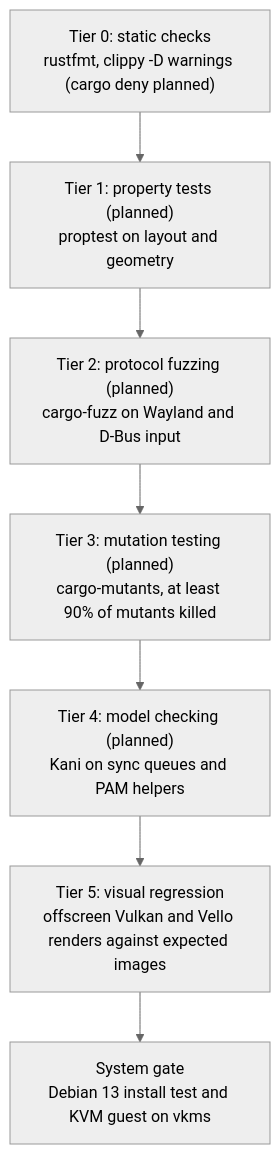
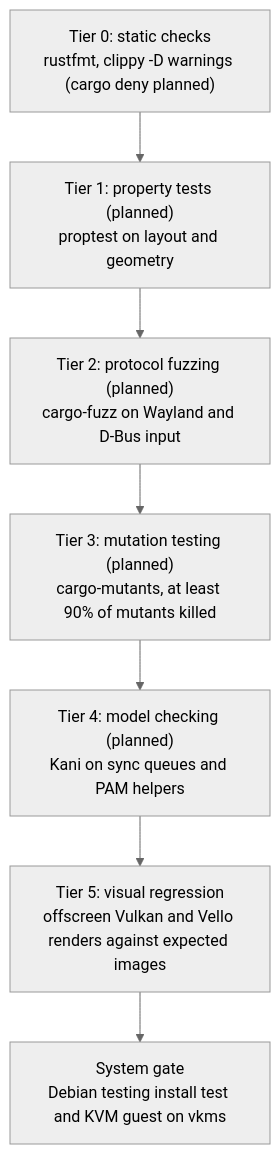
One commit to bande-linux/desktop changed the diagram in docs/architecture/ci.md. Above: the diagram before and after it, drawn with Mermaid (neutral theme). The commit also changed other lines of this file and 34 other files, not shown here.

Commit message:
Build and publish the desktop for arm64 and amd64 on Debian testing from every push to main

````diff
--- a/docs/architecture/ci.md
+++ b/docs/architecture/ci.md
@@ -149,10 +159,10 @@
 ```mermaid
 flowchart TD
     T0["Tier 0: static checks<br/>rustfmt, clippy -D warnings (cargo deny planned)"] --> T1
     T1["Tier 1: property tests (planned)<br/>proptest on layout and geometry"] --> T2
     T2["Tier 2: protocol fuzzing (planned)<br/>cargo-fuzz on Wayland and D-Bus input"] --> T3
     T3["Tier 3: mutation testing (planned)<br/>cargo-mutants, at least 90% of mutants killed"] --> T4
     T4["Tier 4: model checking (planned)<br/>Kani on sync queues and PAM helpers"] --> T5
     T5["Tier 5: visual regression<br/>offscreen Vulkan and Vello renders against expected images"] --> VM
-    VM["System gate<br/>Debian 13 install test and KVM guest on vkms"]
+    VM["System gate<br/>Debian testing install test and KVM guest on vkms"]
 ```
````
